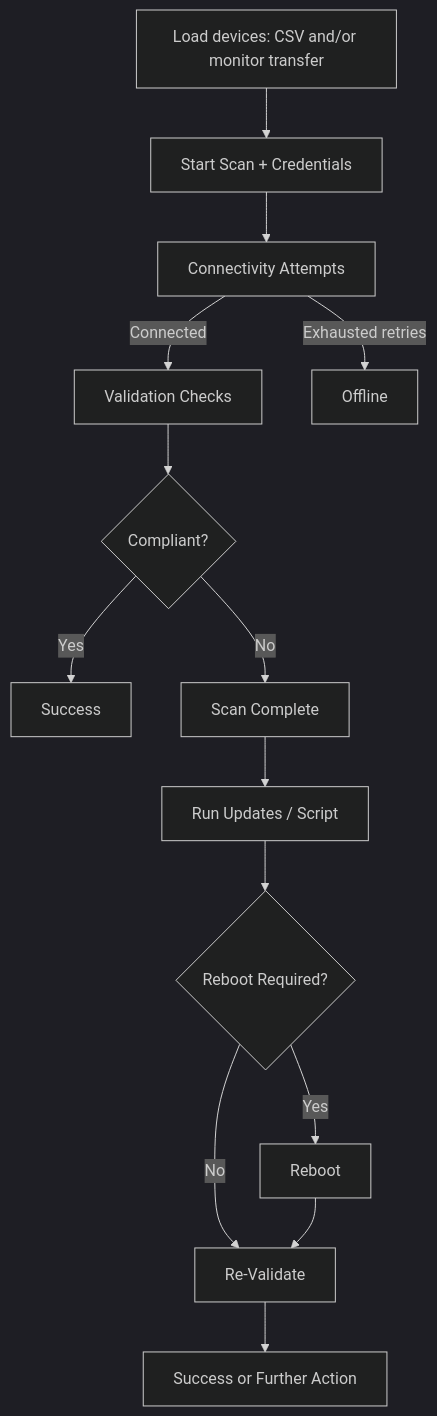
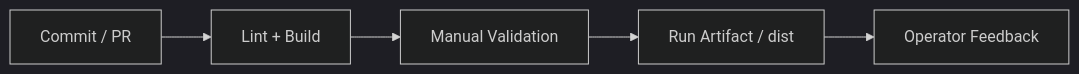
One commit to samueljackson-collab/Secure-Deployer changed the second of 4 diagrams in README.md. Above: the diagram before and after it, drawn with Mermaid (dark theme). The commit also changed other lines of this file, not shown here.

````diff
--- a/README.md
+++ b/README.md
@@ -331,16 +108,7 @@
 ```mermaid
-flowchart TD
-  A[Load devices: CSV and/or monitor transfer] --> B[Start Scan + Credentials]
-  B --> C[Connectivity Attempts]
-  C -->|Connected| D[Validation Checks]
-  C -->|Exhausted retries| E[Offline]
-  D --> F{Compliant?}
-  F -->|Yes| G[Success]
-  F -->|No| H[Scan Complete]
-  H --> I[Run Updates / Script]
-  I --> J{Reboot Required?}
-  J -->|Yes| K[Reboot]
-  J -->|No| L[Re-Validate]
-  K --> L
-  L --> M[Success or Further Action]
+flowchart LR
+  A[Commit / PR] --> B[Lint + Build]
+  B --> C[Manual Validation]
+  C --> D[Run Artifact / dist]
+  D --> E[Operator Feedback]
 ```
````
